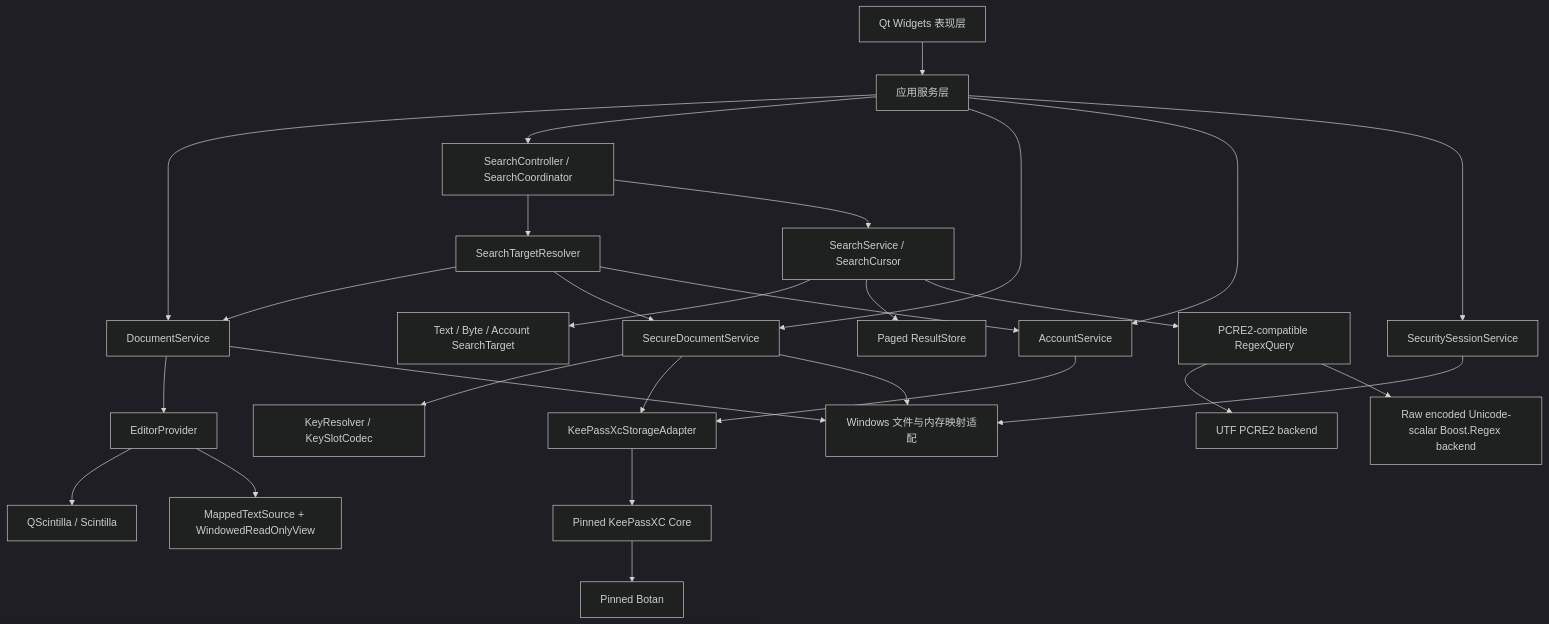
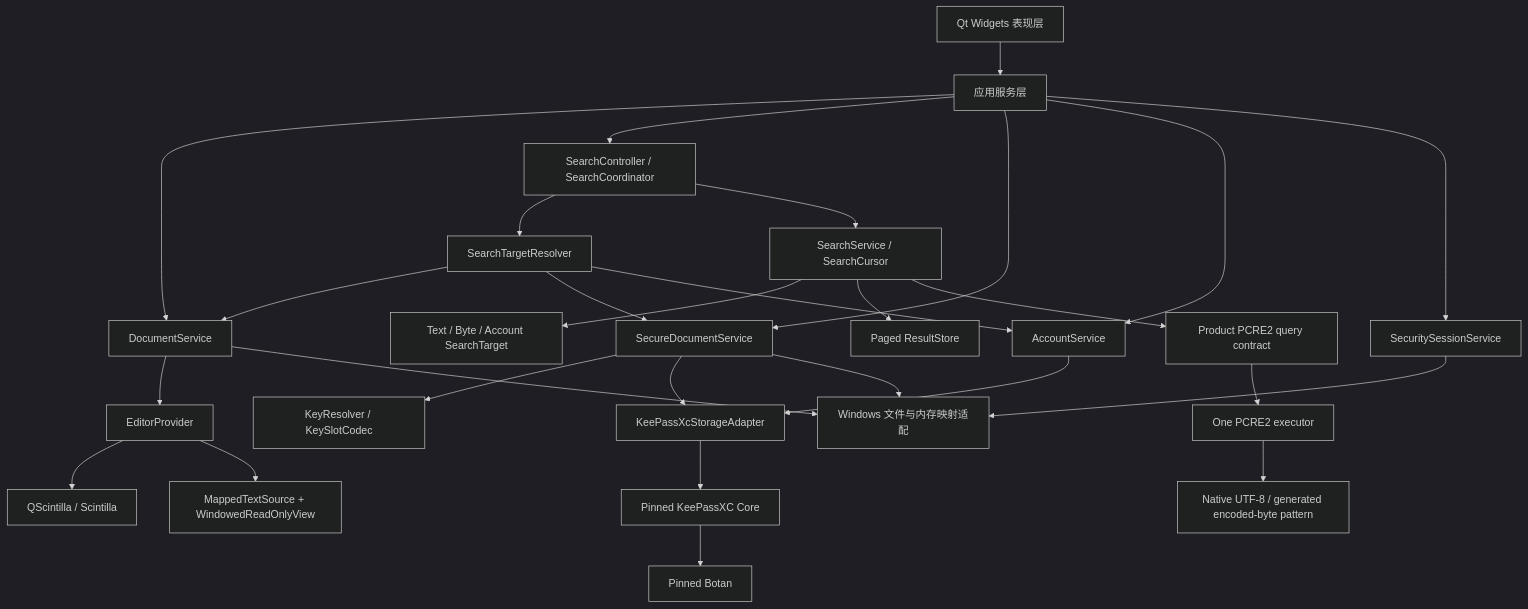
Before and after one commit to iwandac/Notepad-Safe: the first of 6 diagrams in docs/DESIGN.md, drawn with Mermaid (dark theme). The commit also changed other lines of this file and 426 other files, not shown here.

Commit message:
Implement unified encoded regex search and async scheduling

````diff
--- a/docs/DESIGN.md
+++ b/docs/DESIGN.md
@@ -87,34 +89,34 @@
 ```mermaid
 flowchart TB
     UI["Qt Widgets 表现层"] --> APP["应用服务层"]
     APP --> DOC["DocumentService"]
     APP --> SEARCH["SearchController / SearchCoordinator"]
     APP --> SECURE["SecureDocumentService"]
     APP --> ACCOUNT["AccountService"]
     APP --> SESSION["SecuritySessionService"]
 
     DOC --> EDITOR["EditorProvider"]
     EDITOR --> SCI["QScintilla / Scintilla"]
     EDITOR --> MAP["MappedTextSource + WindowedReadOnlyView"]
 
     SEARCH --> TARGET["SearchTargetResolver"]
     TARGET --> DOC
     TARGET --> SECURE
     TARGET --> ACCOUNT
     SEARCH --> ENGINE["SearchService / SearchCursor"]
     ENGINE --> SNAP["Text / Byte / Account SearchTarget"]
     ENGINE --> RESULT["Paged ResultStore"]
-    ENGINE --> DIALECT["PCRE2-compatible RegexQuery"]
-    DIALECT --> PCRE["UTF PCRE2 backend"]
-    DIALECT --> RAW["Raw encoded Unicode-scalar Boost.Regex backend"]
+    ENGINE --> DIALECT["Product PCRE2 query contract"]
+    DIALECT --> REGEX["One PCRE2 executor"]
+    REGEX --> SOURCES["Native UTF-8 / generated encoded-byte pattern"]
 
     SECURE --> KEY["KeyResolver / KeySlotCodec"]
     ACCOUNT --> ADAPTER["KeePassXcStorageAdapter"]
     SECURE --> ADAPTER
     ADAPTER --> KPXC["Pinned KeePassXC Core"]
     KPXC --> BOTAN["Pinned Botan"]
 
     DOC --> PLATFORM["Windows 文件与内存映射适配"]
     SECURE --> PLATFORM
     SESSION --> PLATFORM
 ```
````
